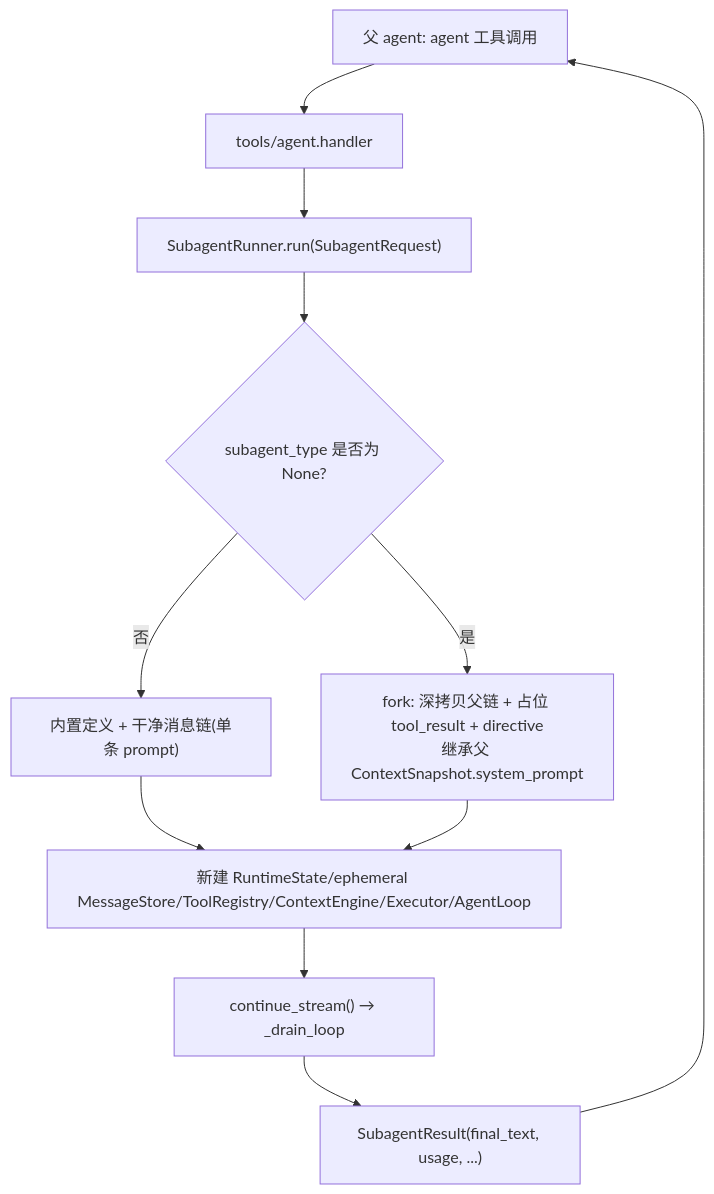
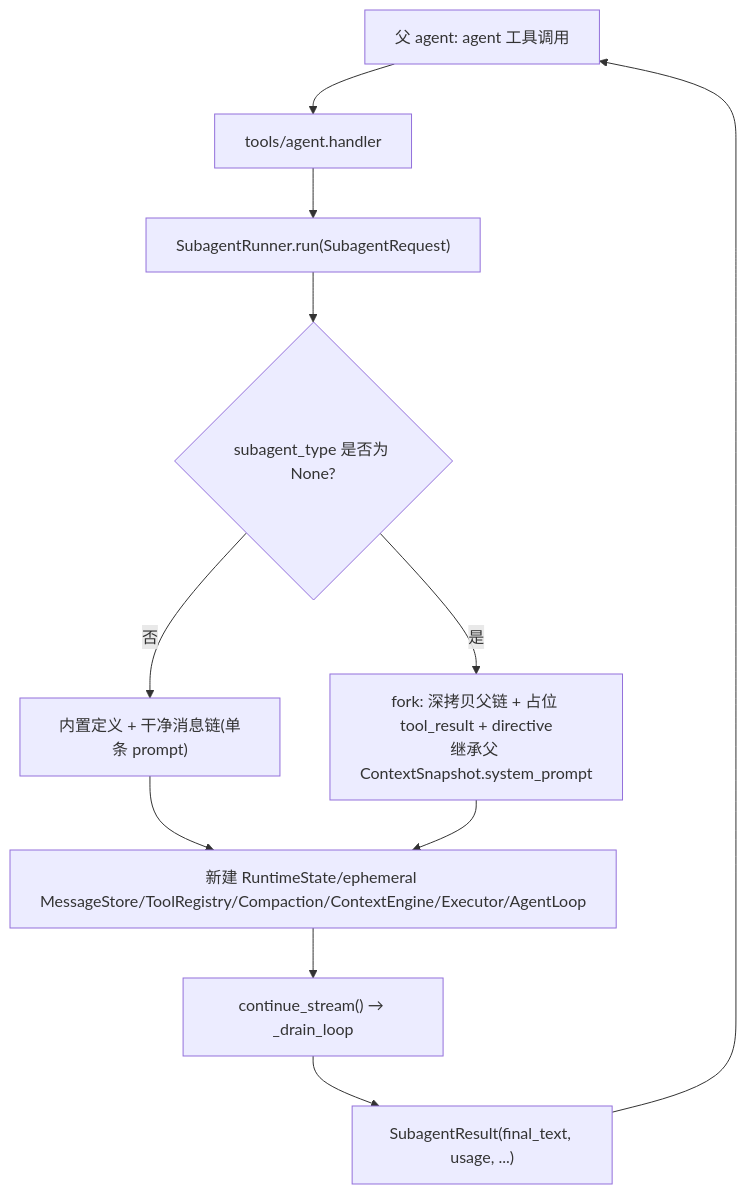
Before and after one commit to user0452/Nervure: the diagram in docs/design-docs/subagent-architecture.md, drawn with Mermaid. The commit also changed other lines of this file and 12 other files, not shown here.

Commit message:
fix: close runtime composition and child context gaps

````diff
--- a/docs/design-docs/subagent-architecture.md
+++ b/docs/design-docs/subagent-architecture.md
@@ -37,13 +37,13 @@
 ```mermaid
 flowchart TD
   Parent["父 agent: agent 工具调用"] --> Tool["tools/agent.handler"]
   Tool --> Run["SubagentRunner.run(SubagentRequest)"]
   Run --> Def{"subagent_type 是否为 None?"}
   Def -->|否| Clean["内置定义 + 干净消息链(单条 prompt)"]
   Def -->|是| Fork["fork: 深拷贝父链 + 占位 tool_result + directive\n继承父 ContextSnapshot.system_prompt"]
-  Clean --> Assemble["新建 RuntimeState/ephemeral MessageStore/ToolRegistry/ContextEngine/Executor/AgentLoop"]
+  Clean --> Assemble["新建 RuntimeState/ephemeral MessageStore/ToolRegistry/Compaction/ContextEngine/Executor/AgentLoop"]
   Fork --> Assemble
   Assemble --> Drain["continue_stream() → _drain_loop"]
   Drain --> Result["SubagentResult(final_text, usage, ...)"]
   Result --> Parent
 ```
````
